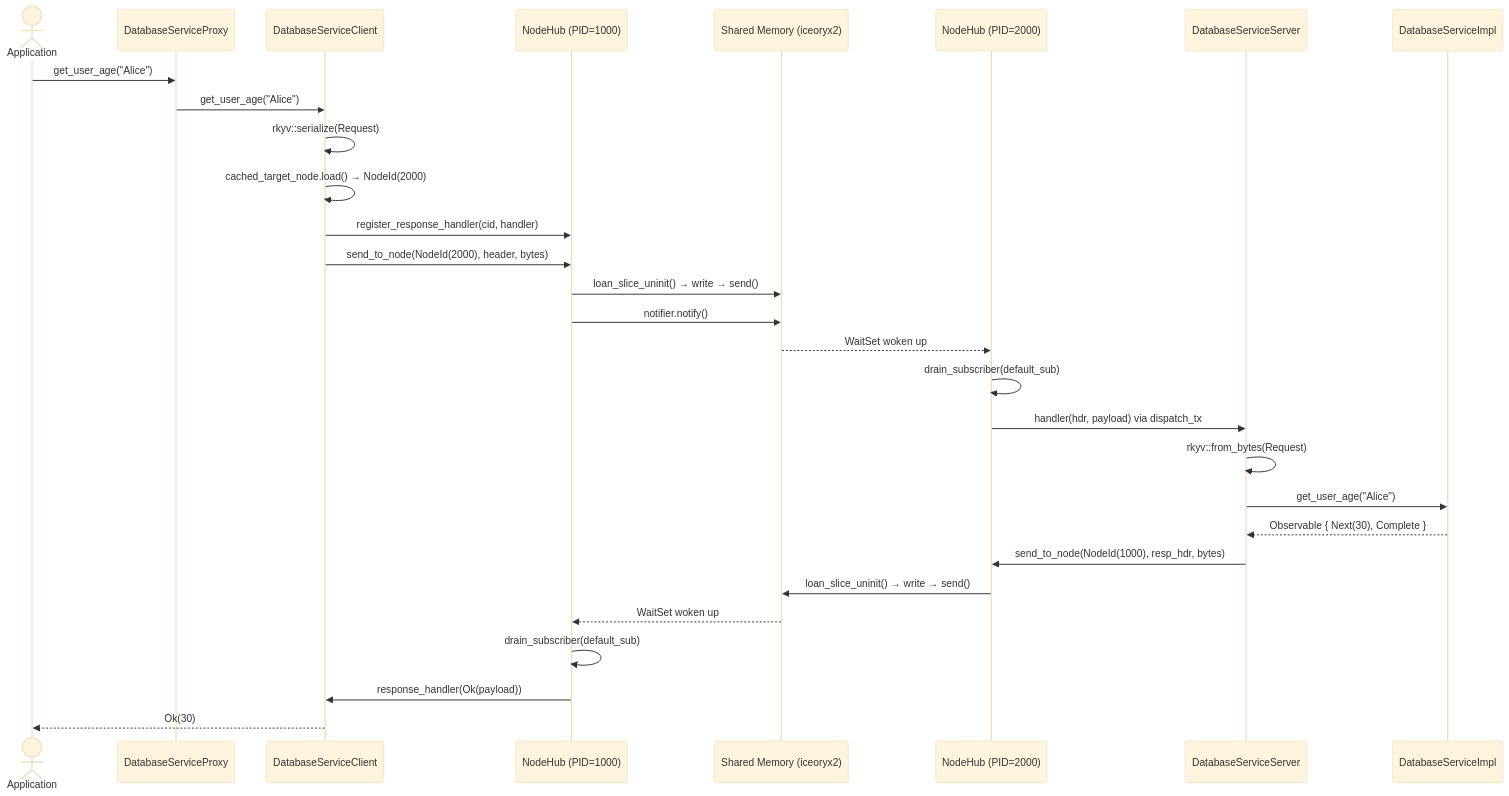
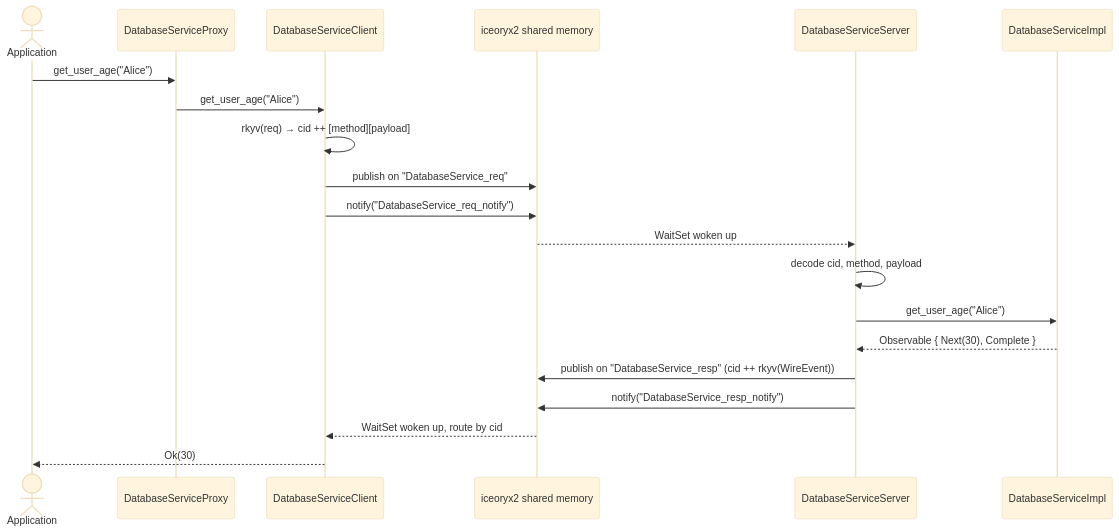
One commit to max3163/ice-rpc changed the first of 2 diagrams in Readme.md. Above: the diagram before and after it, drawn with Mermaid (base theme). The commit also changed other lines of this file and 116 other files, not shown here.

Commit message:
feat/iceoryx2 Rework core transport and full integration of reactiveX method in ice-rpc

````diff
--- a/Readme.md
+++ b/Readme.md
@@ -22,32 +22,23 @@
 ```mermaid
 sequenceDiagram
     actor App as Application
     participant Proxy as DatabaseServiceProxy
     participant Client as DatabaseServiceClient
-    participant Hub as NodeHub (PID=1000)
-    participant SHM as Shared Memory (iceoryx2)
-    participant Hub2 as NodeHub (PID=2000)
+    participant SHM as iceoryx2 shared memory
     participant Server as DatabaseServiceServer
     participant Impl as DatabaseServiceImpl
 
     App->>Proxy: get_user_age("Alice")
     Proxy->>Client: get_user_age("Alice")
-    Client->>Client: rkyv::serialize(Request)
-    Client->>Client: cached_target_node.load() → NodeId(2000)
-    Client->>Hub: register_response_handler(cid, handler)
-    Client->>Hub: send_to_node(NodeId(2000), header, bytes)
-    Hub->>SHM: loan_slice_uninit() → write → send()
-    Hub->>SHM: notifier.notify()
-    SHM-->>Hub2: WaitSet woken up
-    Hub2->>Hub2: drain_subscriber(default_sub)
-    Hub2->>Server: handler(hdr, payload) via dispatch_tx
-    Server->>Server: rkyv::from_bytes(Request)
+    Client->>Client: rkyv(req) → cid ++ [method][payload]
+    Client->>SHM: publish on "DatabaseService_req"
+    Client->>SHM: notify("DatabaseService_req_notify")
+    SHM-->>Server: WaitSet woken up
+    Server->>Server: decode cid, method, payload
     Server->>Impl: get_user_age("Alice")
     Impl-->>Server: Observable { Next(30), Complete }
-    Server->>Hub2: send_to_node(NodeId(1000), resp_hdr, bytes)
-    Hub2->>SHM: loan_slice_uninit() → write → send()
-    SHM-->>Hub: WaitSet woken up
-    Hub->>Hub: drain_subscriber(default_sub)
-    Hub->>Client: response_handler(Ok(payload))
+    Server->>SHM: publish on "DatabaseService_resp" (cid ++ rkyv(WireEvent))
+    Server->>SHM: notify("DatabaseService_resp_notify")
+    SHM-->>Client: WaitSet woken up, route by cid
     Client-->>App: Ok(30)
 ```
````
